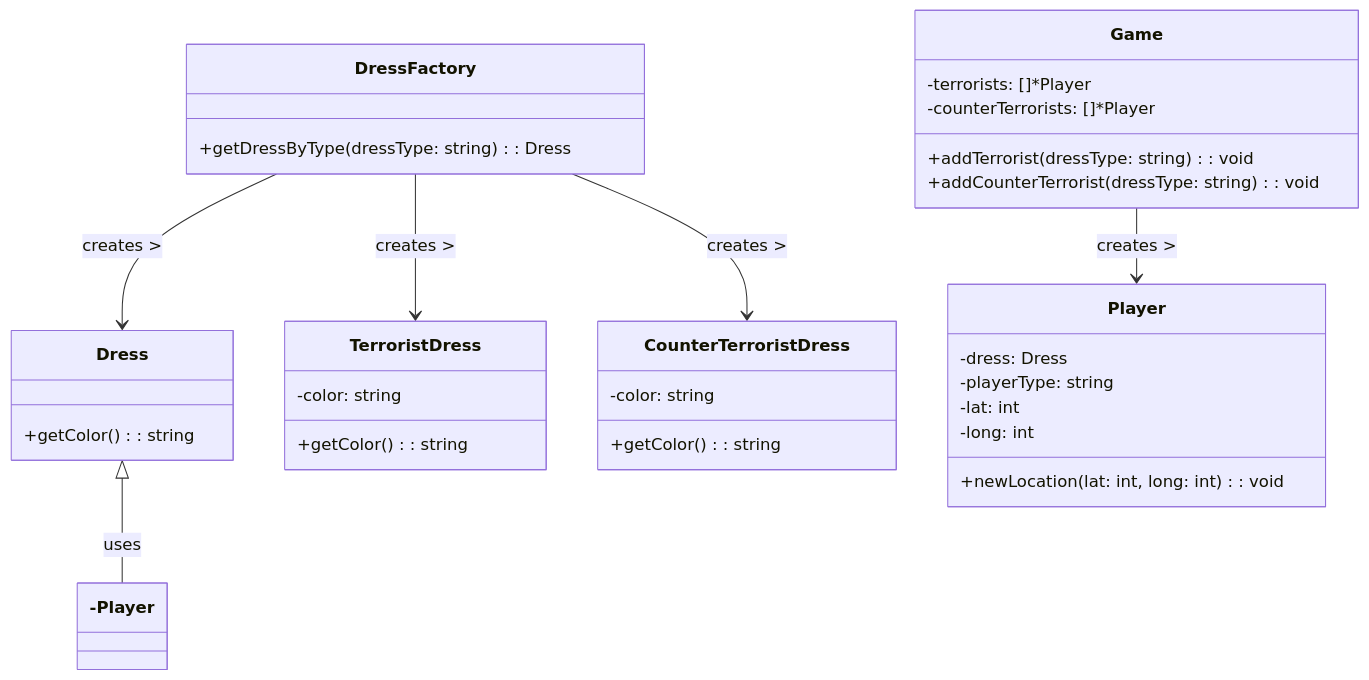
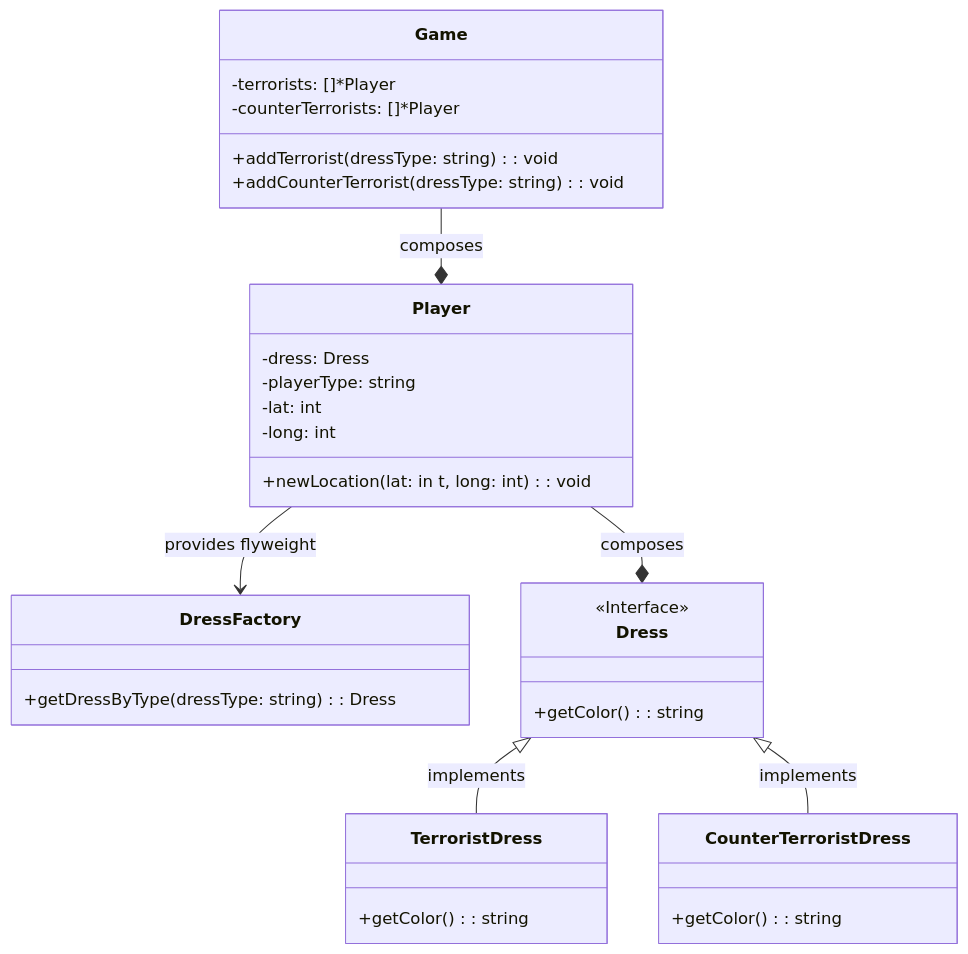
Before and after one commit to i-ms/design-pattern-golang: the first of 2 diagrams in structural/flyweight/flyweight_game/Readme.md, drawn with Mermaid.

Commit message:
doc : updated doc for flyweight

````diff
--- a/structural/flyweight/flyweight_game/Readme.md
+++ b/structural/flyweight/flyweight_game/Readme.md
@@ -30,37 +30,37 @@
 ```mermaid
 classDiagram
     class DressFactory {
         +getDressByType(dressType: string): Dress
     }
     class Dress {
+        <<Interface>>
         +getColor(): string
     }
     class TerroristDress {
-        -color: string
         +getColor(): string
     }
     class CounterTerroristDress {
-        -color: string
         +getColor(): string
     }
     class Player {
         -dress: Dress
         -playerType: string
         -lat: int
         -long: int
-        +newLocation(lat: int, long: int): void
+        +newLocation(lat: in t, long: int): void
     }
     class Game {
         -terrorists: []*Player
         -counterTerrorists: []*Player
         +addTerrorist(dressType: string): void
         +addCounterTerrorist(dressType: string): void
     }
 
-    DressFactory --> Dress : creates >
-    DressFactory --> TerroristDress : creates >
-    DressFactory --> CounterTerroristDress : creates >
-    Dress <|--- Player : uses
-    Game --> Player : creates >
+    Dress <|-- TerroristDress :implements
+    Dress <|-- CounterTerroristDress :implements
+
+    Player --* Dress :composes
+    Game --* Player :composes
+    Player --> DressFactory :provides flyweight
 
 ```
````
